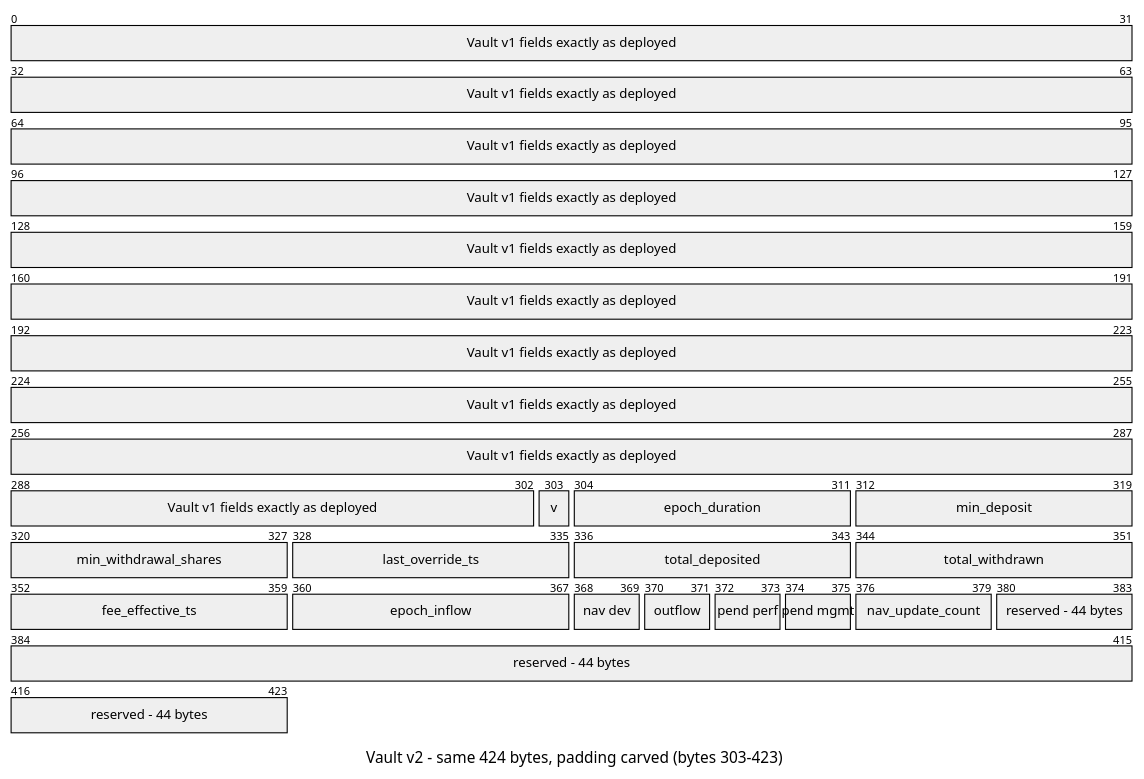
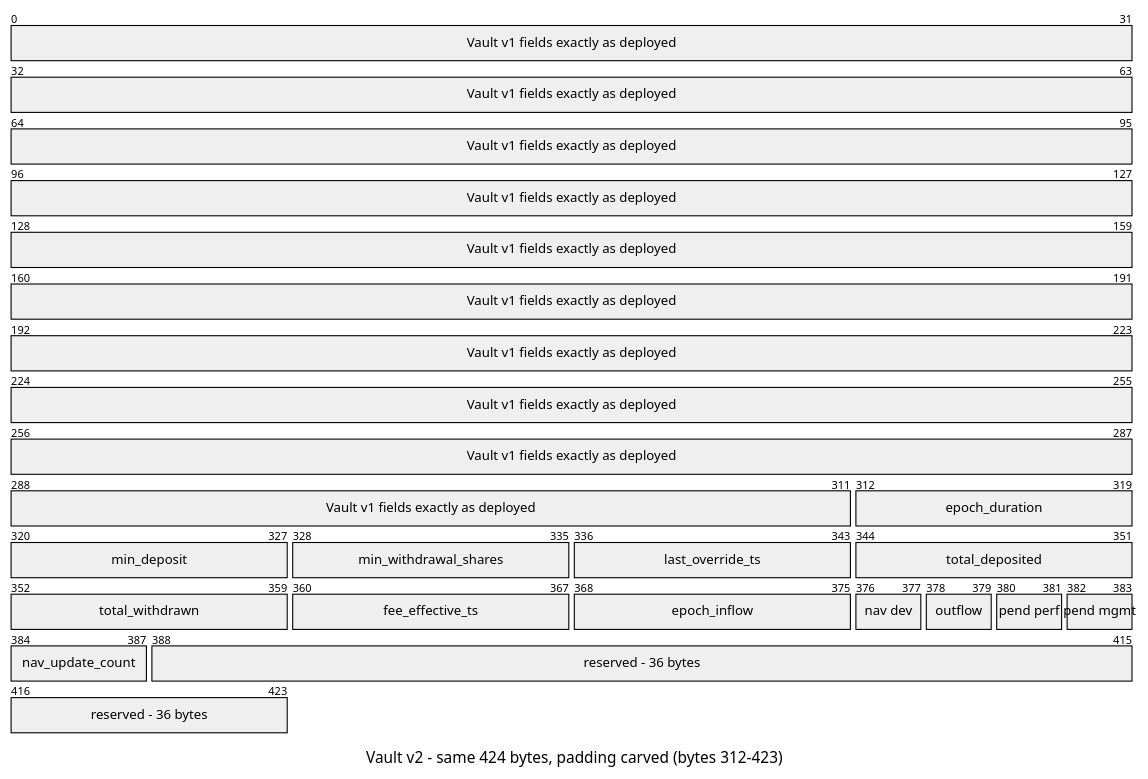
The ninth of 21 diagrams in docs/architecture-evolution.md (HedginVault/programs), drawn with Mermaid before and after one commit. The commit also changed other lines of this file and 31 other files, not shown here.

````diff
--- a/docs/architecture-evolution.md
+++ b/docs/architecture-evolution.md
@@ -285,20 +291,19 @@
 ```mermaid
 packet-beta
-title Vault v2 - same 424 bytes, padding carved (bytes 303-423)
-0-302: "Vault v1 fields exactly as deployed"
-303: "v"
-304-311: "epoch_duration"
-312-319: "min_deposit"
-320-327: "min_withdrawal_shares"
-328-335: "last_override_ts"
-336-343: "total_deposited"
-344-351: "total_withdrawn"
-352-359: "fee_effective_ts"
-360-367: "epoch_inflow"
-368-369: "nav dev"
-370-371: "outflow"
-372-373: "pend perf"
-374-375: "pend mgmt"
-376-379: "nav_update_count"
-380-423: "reserved - 44 bytes"
+title Vault v2 - same 424 bytes, padding carved (bytes 312-423)
+0-311: "Vault v1 fields exactly as deployed"
+312-319: "epoch_duration"
+320-327: "min_deposit"
+328-335: "min_withdrawal_shares"
+336-343: "last_override_ts"
+344-351: "total_deposited"
+352-359: "total_withdrawn"
+360-367: "fee_effective_ts"
+368-375: "epoch_inflow"
+376-377: "nav dev"
+378-379: "outflow"
+380-381: "pend perf"
+382-383: "pend mgmt"
+384-387: "nav_update_count"
+388-423: "reserved - 36 bytes"
 ```
````
